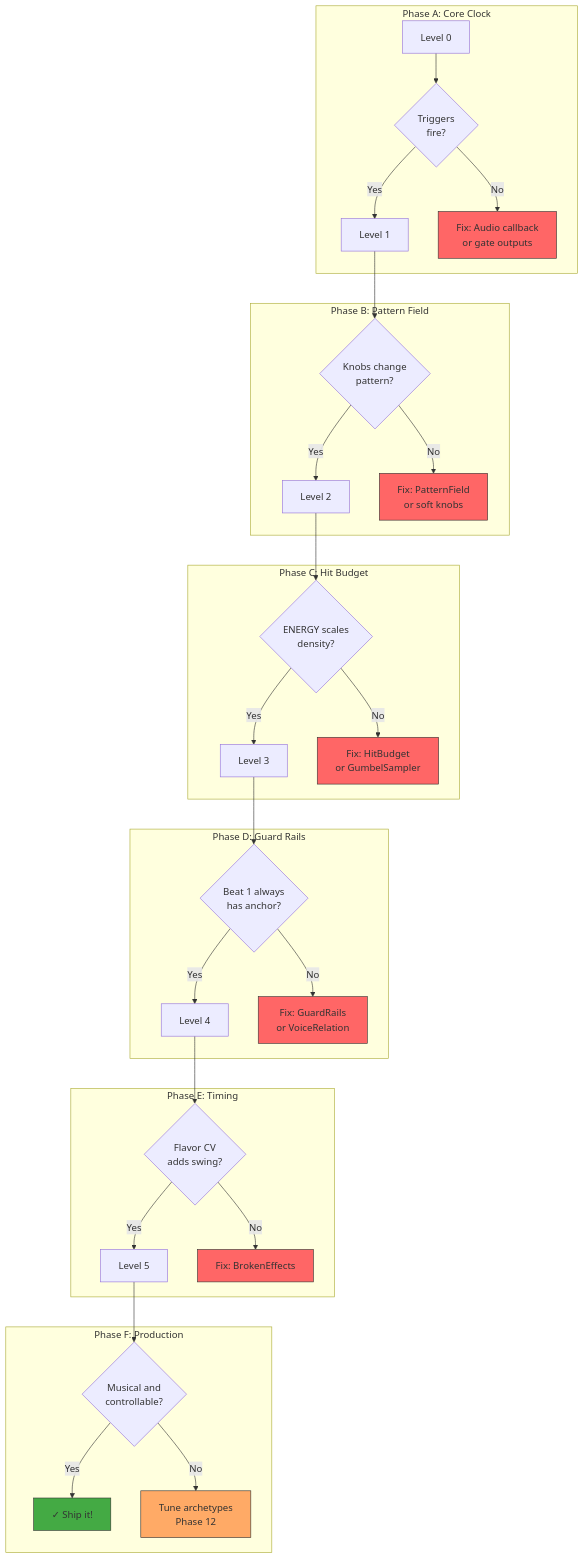
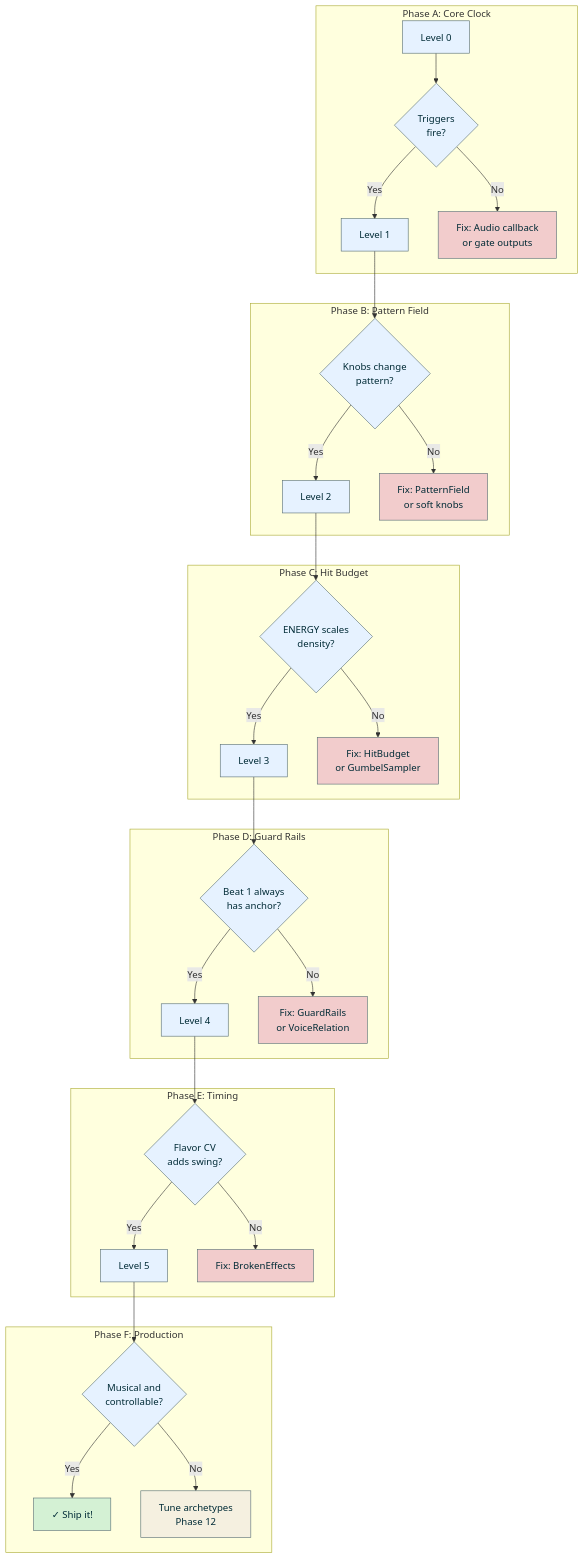
Before and after one commit to chronick/duopulse: the third of 4 diagrams in docs/tasks/active/16-v4-hardware-validation.md, drawn with Mermaid. The commit also changed other lines of this file and 5 other files, not shown here.

````diff
--- a/docs/tasks/active/16-v4-hardware-validation.md
+++ b/docs/tasks/active/16-v4-hardware-validation.md
@@ -650,46 +666,48 @@
 ```mermaid
 graph TB
     subgraph "Phase A: Core Clock"
         A1[Level 0] --> A2{Triggers<br/>fire?}
         A2 -->|Yes| B1
         A2 -->|No| AF[Fix: Audio callback<br/>or gate outputs]
     end
     
     subgraph "Phase B: Pattern Field"
         B1[Level 1] --> B2{Knobs change<br/>pattern?}
         B2 -->|Yes| C1
         B2 -->|No| BF[Fix: PatternField<br/>or soft knobs]
     end
     
     subgraph "Phase C: Hit Budget"
         C1[Level 2] --> C2{ENERGY scales<br/>density?}
         C2 -->|Yes| D1
         C2 -->|No| CF[Fix: HitBudget<br/>or GumbelSampler]
     end
     
     subgraph "Phase D: Guard Rails"
         D1[Level 3] --> D2{Beat 1 always<br/>has anchor?}
         D2 -->|Yes| E1
         D2 -->|No| DF[Fix: GuardRails<br/>or VoiceRelation]
     end
     
     subgraph "Phase E: Timing"
         E1[Level 4] --> E2{Flavor CV<br/>adds swing?}
         E2 -->|Yes| F1
         E2 -->|No| EF[Fix: BrokenEffects]
     end
     
     subgraph "Phase F: Production"
         F1[Level 5] --> F2{Musical and<br/>controllable?}
         F2 -->|Yes| DONE[✓ Ship it!]
         F2 -->|No| FF[Tune archetypes<br/>Phase 12]
     end
     
-    style DONE fill:#4a4,stroke:#333
-    style AF fill:#f66,stroke:#333
-    style BF fill:#f66,stroke:#333
-    style CF fill:#f66,stroke:#333
-    style DF fill:#f66,stroke:#333
-    style EF fill:#f66,stroke:#333
-    style FF fill:#fa6,stroke:#333
+    classDef defaultStyle fill:#e6f2ff,stroke:#586e75,color:#002b36
+    classDef errorStyle fill:#f2cccc,stroke:#586e75,color:#002b36
+    classDef warningStyle fill:#f5f0e0,stroke:#586e75,color:#002b36
+    classDef successStyle fill:#d4f1d4,stroke:#586e75,color:#002b36
+    
+    class A1,A2,B1,B2,C1,C2,D1,D2,E1,E2,F1,F2 defaultStyle
+    class AF,BF,CF,DF,EF errorStyle
+    class FF warningStyle
+    class DONE successStyle
 ```
````
